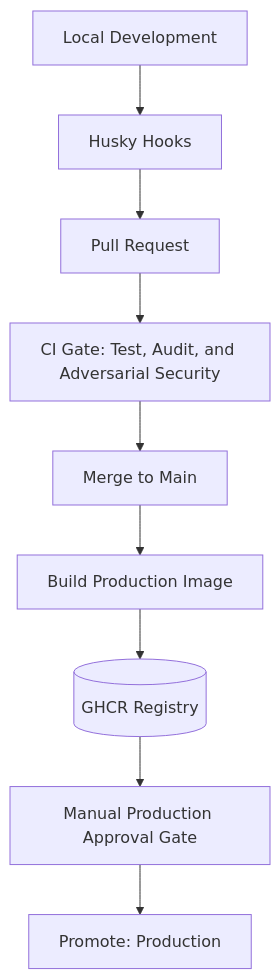
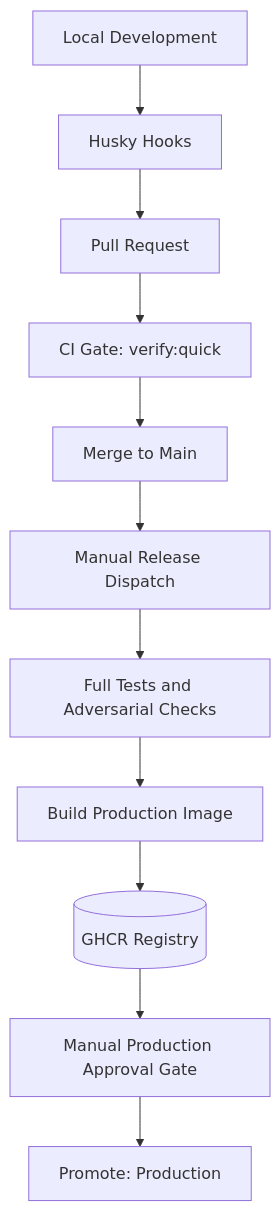
The diagram in docs/deployment.md (phalanxduel/phalanxduel), drawn with Mermaid before and after one commit. The commit also changed other lines of this file and 3 other files, not shown here.

````diff
--- a/docs/deployment.md
+++ b/docs/deployment.md
@@ -16,11 +17,13 @@
 ```mermaid
 graph TD
     Dev[Local Development] --> Husky[Husky Hooks]
     Husky --> PR[Pull Request]
-    PR --> CI[CI Gate: Test, Audit, and Adversarial Security]
+    PR --> CI[CI Gate: verify:quick]
     CI --> Merge[Merge to Main]
-    Merge --> Build[Build Production Image]
+    Merge --> Dispatch[Manual Release Dispatch]
+    Dispatch --> Full[Full Tests and Adversarial Checks]
+    Full --> Build[Build Production Image]
     Build --> GHCR[(GHCR Registry)]
     GHCR --> Manual[Manual Production Approval Gate]
     Manual --> Production[Promote: Production]
 ```
````
